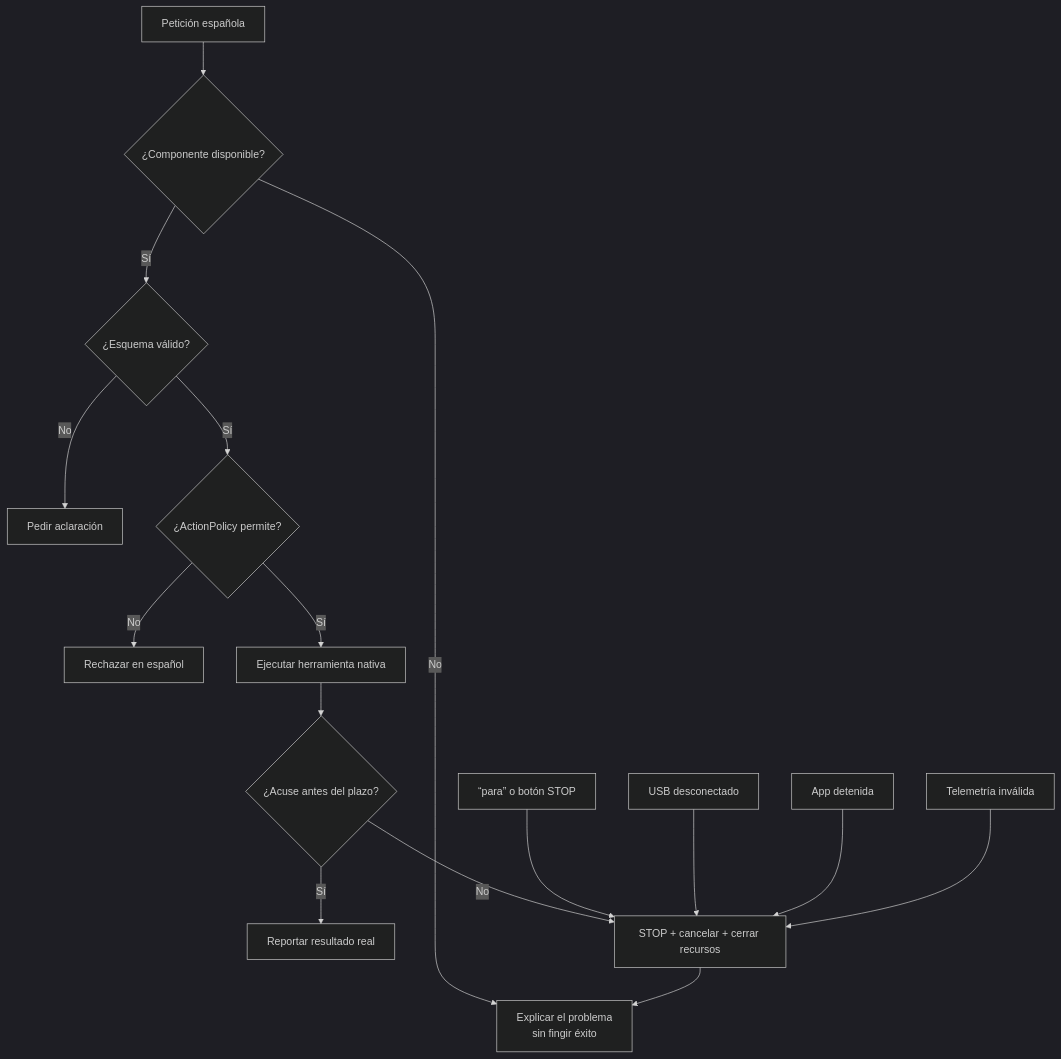
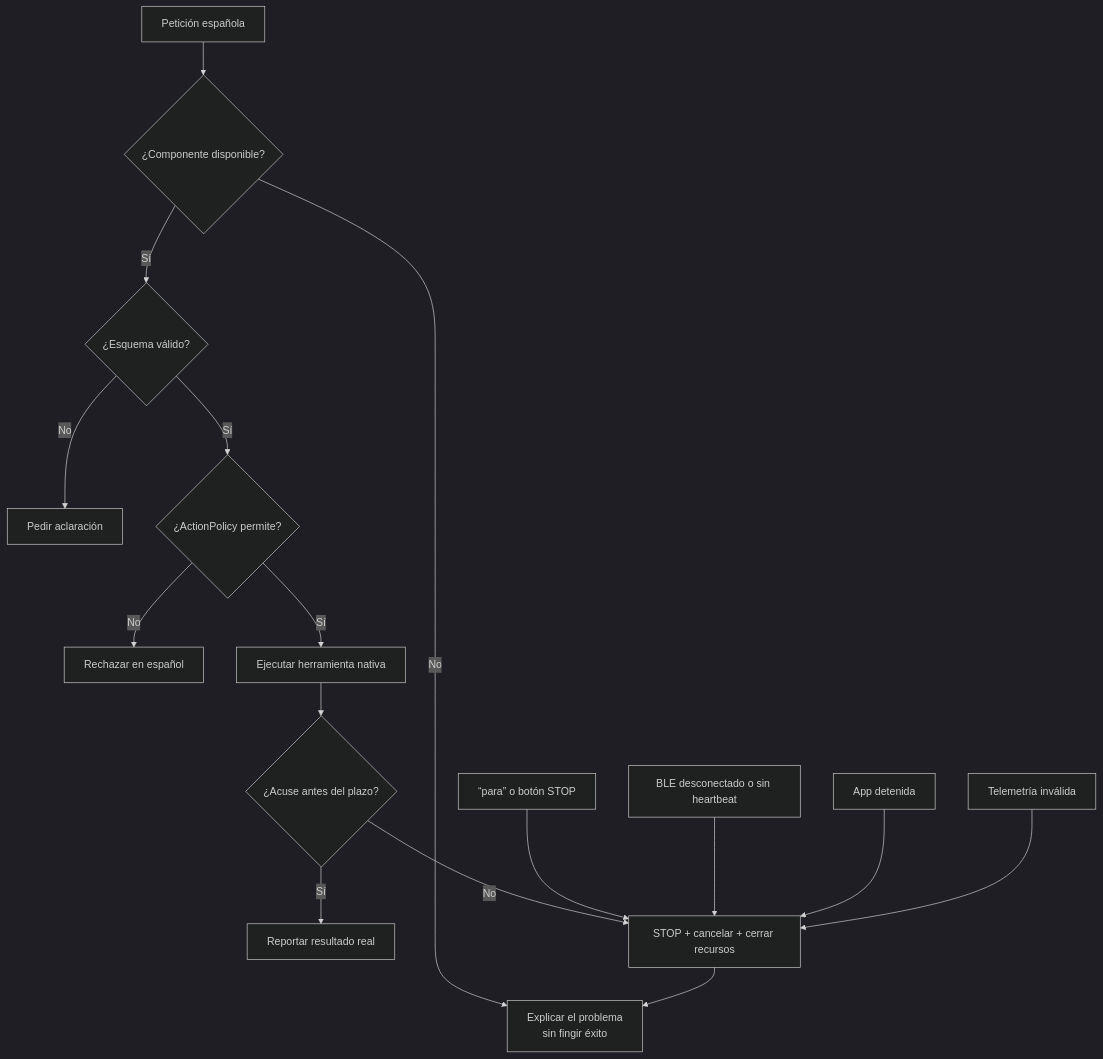
Before and after one commit to arielmendz/kiko: the eighth of 8 diagrams in docs/FLOWS.md, drawn with Mermaid (dark theme). The commit also changed other lines of this file and 33 other files, not shown here.

````diff
--- a/docs/FLOWS.md
+++ b/docs/FLOWS.md
@@ -279,19 +284,19 @@
 ```mermaid
 flowchart TD
     Request["Petición española"] --> Available{"¿Componente disponible?"}
     Available -- "No" --> Explain["Explicar el problema<br/>sin fingir éxito"]
     Available -- "Sí" --> Parse{"¿Esquema válido?"}
     Parse -- "No" --> Clarify["Pedir aclaración"]
     Parse -- "Sí" --> Allowed{"¿ActionPolicy permite?"}
     Allowed -- "No" --> Refuse["Rechazar en español"]
     Allowed -- "Sí" --> Execute["Ejecutar herramienta nativa"]
     Execute --> Ack{"¿Acuse antes del plazo?"}
     Ack -- "Sí" --> Report["Reportar resultado real"]
     Ack -- "No" --> Stop["STOP + cancelar + cerrar recursos"]
     Stop --> Explain
 
     Emergency["“para” o botón STOP"] --> Stop
-    Disconnect["USB desconectado"] --> Stop
+    Disconnect["BLE desconectado o sin heartbeat"] --> Stop
     Lifecycle["App detenida"] --> Stop
     InvalidTelemetry["Telemetría inválida"] --> Stop
 ```
````
